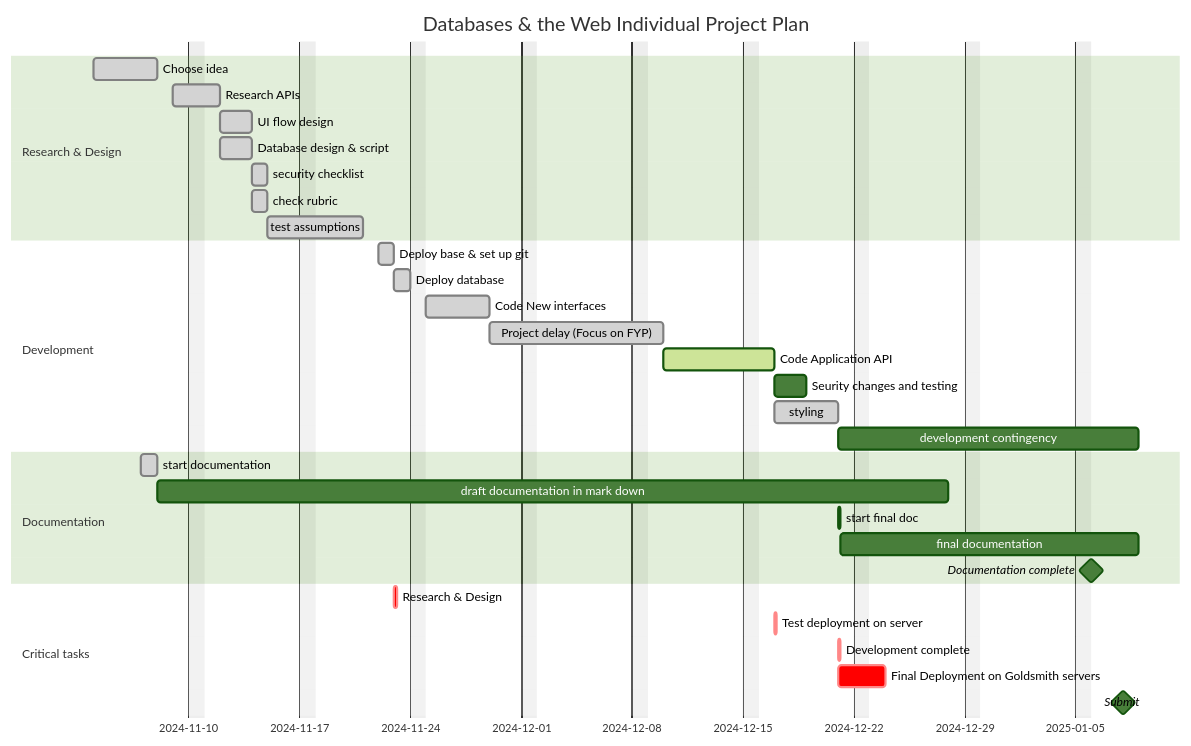
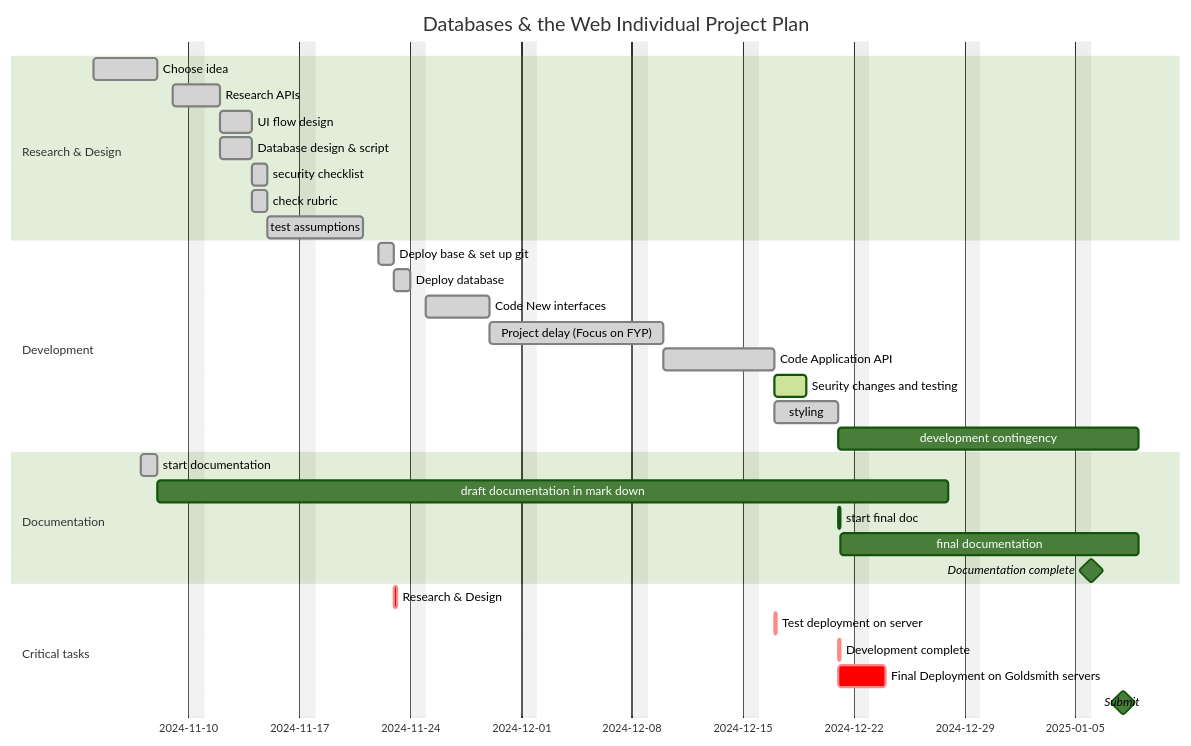
Before and after one commit to jbrun001/APIProject: the first of 3 diagrams in README.md, drawn with Mermaid (forest theme).

Commit message:
Update README.md
update of plan

````diff
--- a/README.md
+++ b/README.md
@@ -2,43 +2,43 @@
 ```mermaid
 
 gantt
     dateFormat  YYYY-MM-DD
     title       Databases & the Web Individual Project Plan
     excludes    sunday
     %% (`excludes` accepts specific dates in YYYY-MM-DD format, days of the week ("sunday") or "weekends", but not the word "weekdays".)
 
     section Research & Design
     Choose idea             :done,    rd1, 2024-11-04,2024-11-08
     Research APIs           :done,    rd2, 2024-11-09, 2d
     UI flow design          :done,    rd3, after rd2, 2d
     Database design & script  :done,    rd3d, after rd2, 2d
     security checklist      :done,  rd4, after rd3, 1d
     check rubric            :done,  rd5, after rd3, 1d
     test assumptions        :done, rd6, after rd5, 5d
 
     section Development
     Deploy base & set up git  :done,    d1, 2024-11-22,1d
     Deploy database          :done,    d2, after d1, 1d
     Code New interfaces       :done,    d3, after d2, 4d
     Project delay (Focus on FYP) :done,    delay1, after d3, 9d
-    Code Application API      :active,    dd3a, after delay1, 6d
-    Seurity changes and testing :  d4, after dd3a, 2d
+    Code Application API      :done,    dd3a, after delay1, 6d
+    Seurity changes and testing : active, d4, after dd3a, 2d
     styling                   : done,   d6, after dd3a, 4d
     development contingency           :until doccomplete
 
     section Documentation
     start documentation :done,    d0, 2024-11-07,2024-11-08   
     draft documentation in mark down  :until finaldoc
     start final doc            :finaldoc, after d6, 4h
     final documentation :until doccomplete 
     Documentation complete              :milestone, doccomplete, 2025-01-06, 0d
 
     section Critical tasks
     Research & Design                   :crit, after d1, 4h
     Test deployment on server :crit,    dd3c, after dd3a, 4h
     Development complete                :crit, after d6, 4h
     Final Deployment on Goldsmith servers :crit, after d6, 2d
     Submit                              :milestone, 2025-01-08, 0d
 
 
 ```
````
